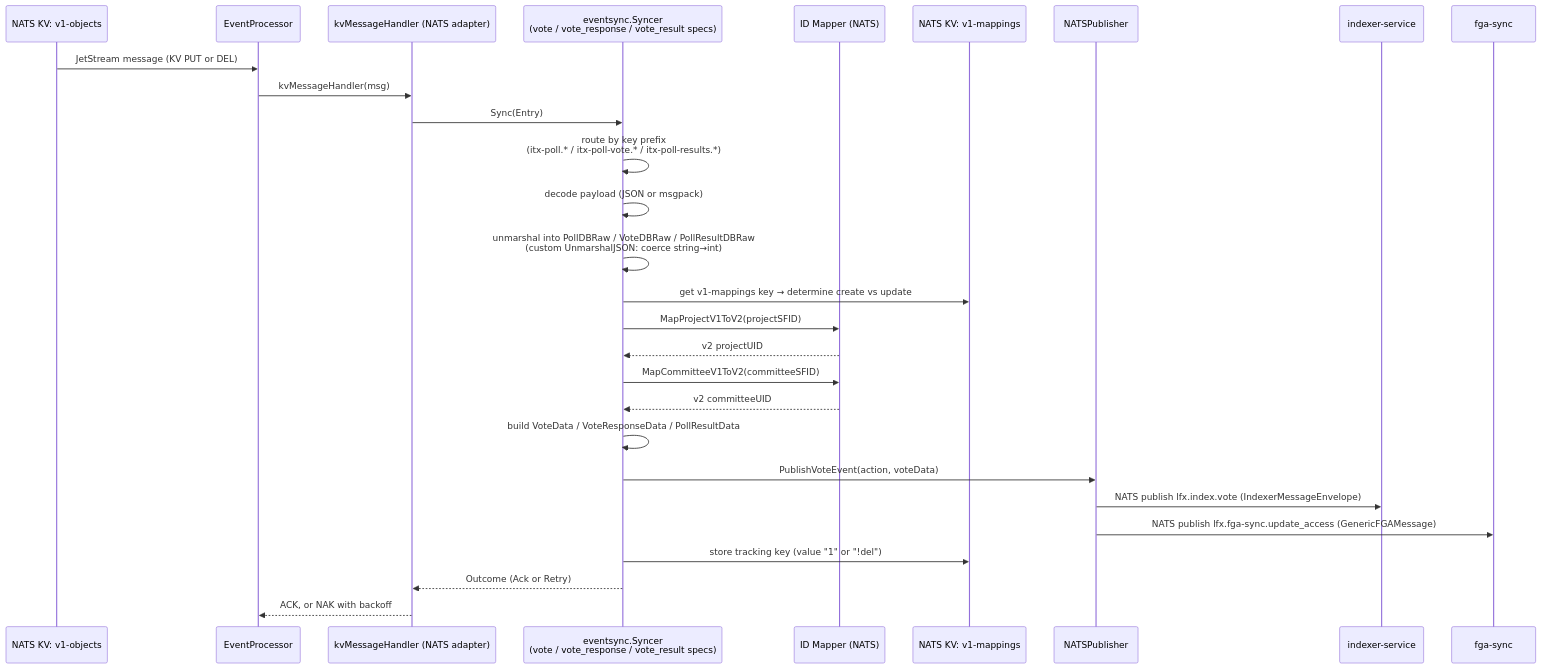
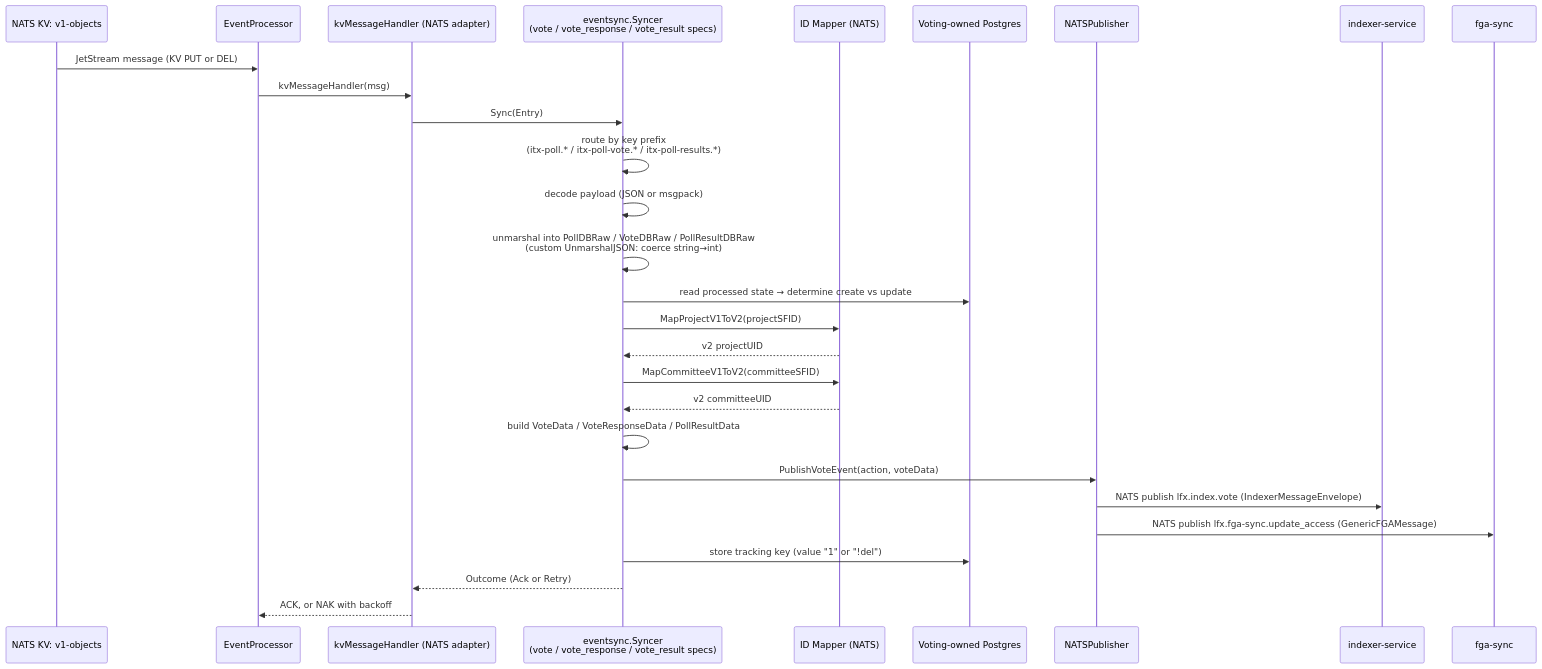
Before and after one commit to linuxfoundation/lfx-v2-voting-service: the third of 6 diagrams in docs/architecture/data-flow.md, drawn with Mermaid. The commit also changed other lines of this file and 51 other files, not shown here.

First line of the commit message:
feat(eventing): move voting processing state to Postgres

````diff
--- a/docs/architecture/data-flow.md
+++ b/docs/architecture/data-flow.md
@@ -105,31 +105,31 @@
 ```mermaid
 sequenceDiagram
     participant V1KV as NATS KV: v1-objects
     participant Proc as EventProcessor
     participant Router as kvMessageHandler (NATS adapter)
     participant Handler as eventsync.Syncer<br/>(vote / vote_response / vote_result specs)
     participant IDMap as ID Mapper (NATS)
-    participant Mappings as NATS KV: v1-mappings
+    participant Mappings as Voting-owned Postgres
     participant Pub as NATSPublisher
     participant Indexer as indexer-service
     participant FGA as fga-sync
 
     V1KV->>Proc: JetStream message (KV PUT or DEL)
     Proc->>Router: kvMessageHandler(msg)
     Router->>Handler: Sync(Entry)
     Handler->>Handler: route by key prefix<br/>(itx-poll.* / itx-poll-vote.* / itx-poll-results.*)
     Handler->>Handler: decode payload (JSON or msgpack)
     Handler->>Handler: unmarshal into PollDBRaw / VoteDBRaw / PollResultDBRaw<br/>(custom UnmarshalJSON: coerce string→int)
-    Handler->>Mappings: get v1-mappings key → determine create vs update
+    Handler->>Mappings: read processed state → determine create vs update
     Handler->>IDMap: MapProjectV1ToV2(projectSFID)
     IDMap-->>Handler: v2 projectUID
     Handler->>IDMap: MapCommitteeV1ToV2(committeeSFID)
     IDMap-->>Handler: v2 committeeUID
     Handler->>Handler: build VoteData / VoteResponseData / PollResultData
     Handler->>Pub: PublishVoteEvent(action, voteData)
     Pub->>Indexer: NATS publish lfx.index.vote (IndexerMessageEnvelope)
     Pub->>FGA: NATS publish lfx.fga-sync.update_access (GenericFGAMessage)
     Handler->>Mappings: store tracking key (value "1" or "!del")
     Handler-->>Router: Outcome (Ack or Retry)
     Router-->>Proc: ACK, or NAK with backoff
 ```
````
